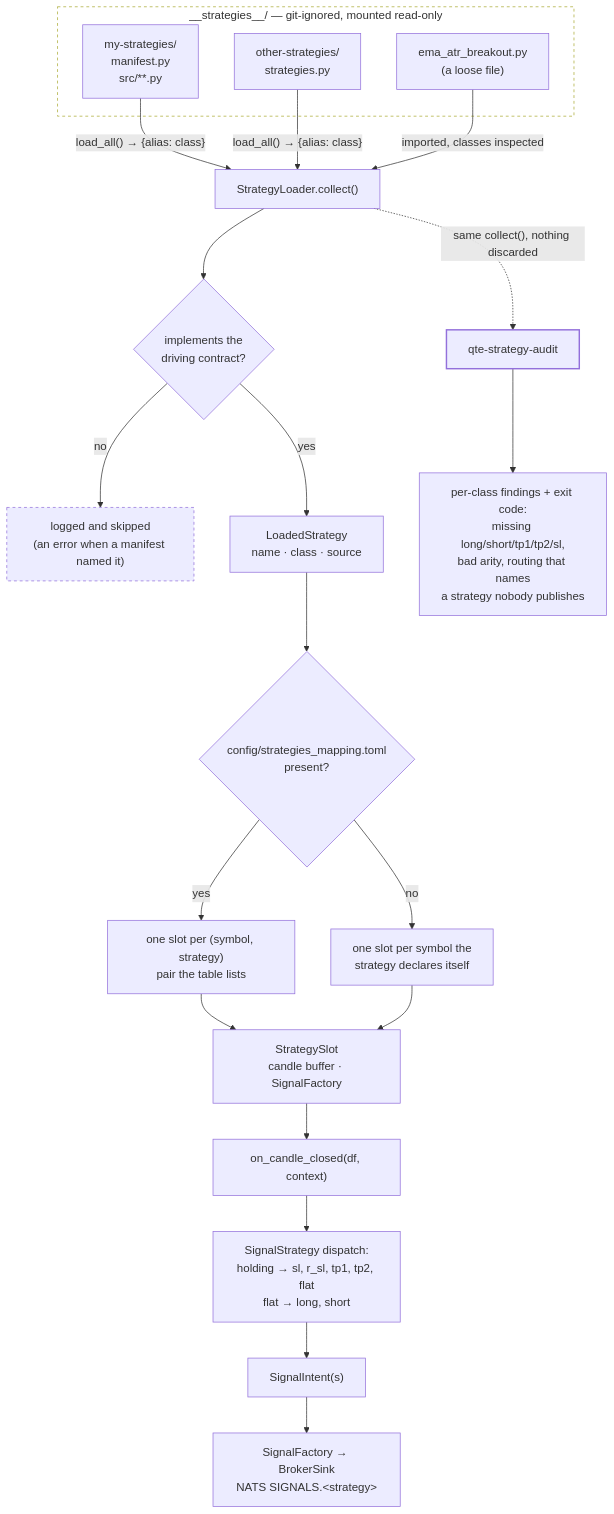
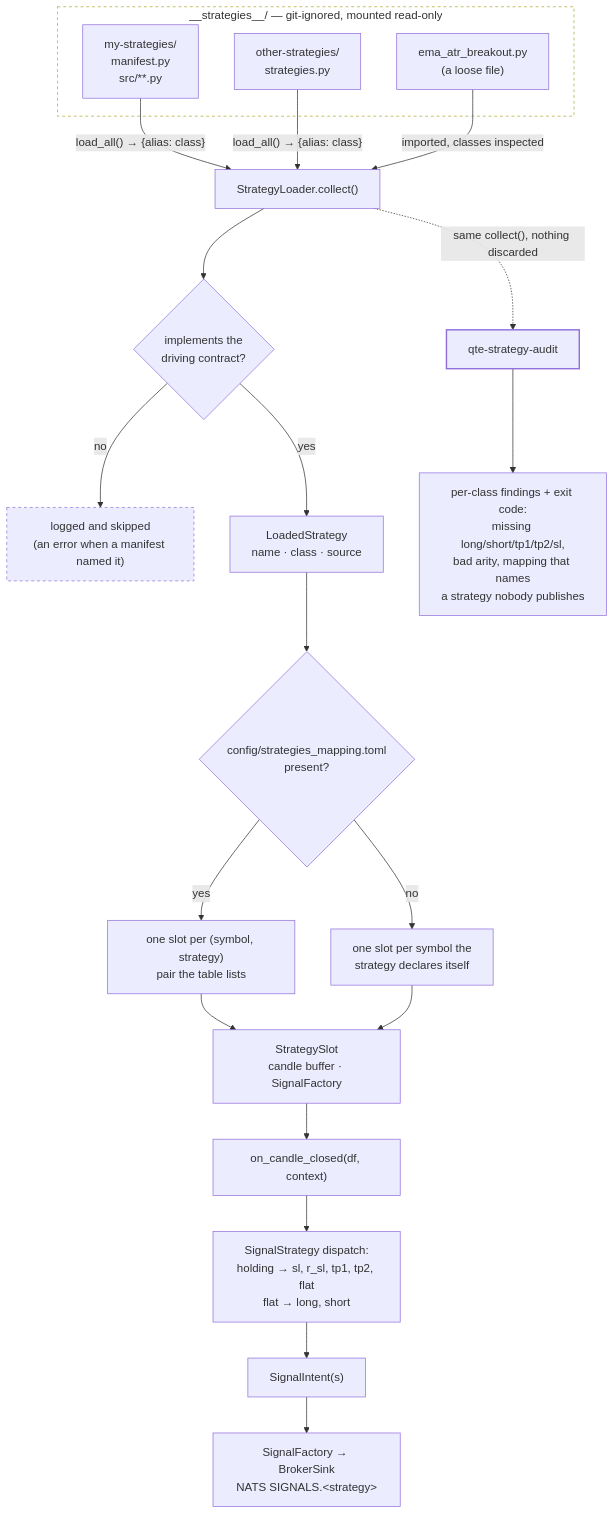
Before and after one commit to rockingrow/quant-trading-engine: the second of 2 diagrams in README.md, drawn with Mermaid. The commit also changed other lines of this file and 61 other files, not shown here.

````diff
--- a/README.md
+++ b/README.md
@@ -322,36 +323,36 @@
 ```mermaid
 flowchart TD
     subgraph disk["__strategies__/ — git-ignored, mounted read-only"]
         repoA["my-strategies/<br/>manifest.py<br/>src/**.py"]
         repoB["other-strategies/<br/>strategies.py"]
         loose["ema_atr_breakout.py<br/>(a loose file)"]
     end
 
     loader["StrategyLoader.collect()"]
     repoA -- "load_all() → {alias: class}" --> loader
     repoB -- "load_all() → {alias: class}" --> loader
     loose -- "imported, classes inspected" --> loader
 
     loader --> judge{"implements the<br/>driving contract?"}
     judge -- no --> dropped["logged and skipped<br/>(an error when a manifest named it)"]
     judge -- yes --> registry["LoadedStrategy<br/>name · class · source"]
 
-    registry --> routing{"config/strategies_mapping.toml<br/>present?"}
-    routing -- yes --> pairs["one slot per (symbol, strategy)<br/>pair the table lists"]
-    routing -- "no" --> fallback["one slot per symbol the<br/>strategy declares itself"]
+    registry --> mapping{"config/strategies_mapping.toml<br/>present?"}
+    mapping -- yes --> pairs["one slot per (symbol, strategy)<br/>pair the table lists"]
+    mapping -- "no" --> fallback["one slot per symbol the<br/>strategy declares itself"]
 
     pairs --> slots["StrategySlot<br/>candle buffer · SignalFactory"]
     fallback --> slots
     slots --> hooks["on_candle_closed(df, context)"]
     hooks --> dispatch["SignalStrategy dispatch:<br/>holding → sl, r_sl, tp1, tp2, flat<br/>flat → long, short"]
     dispatch --> intents["SignalIntent(s)"]
     intents --> broker["SignalFactory → BrokerSink<br/>NATS SIGNALS.&lt;strategy&gt;"]
 
     audit["qte-strategy-audit"]
     loader -. "same collect(), nothing discarded" .-> audit
-    audit --> verdict["per-class findings + exit code:<br/>missing long/short/tp1/tp2/sl,<br/>bad arity, routing that names<br/>a strategy nobody publishes"]
+    audit --> verdict["per-class findings + exit code:<br/>missing long/short/tp1/tp2/sl,<br/>bad arity, mapping that names<br/>a strategy nobody publishes"]
 
     style disk fill:none,stroke-dasharray:4 4
     style dropped stroke-dasharray:4 4
     style audit stroke-width:2px
 ```
````
